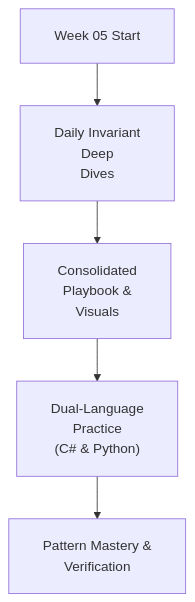
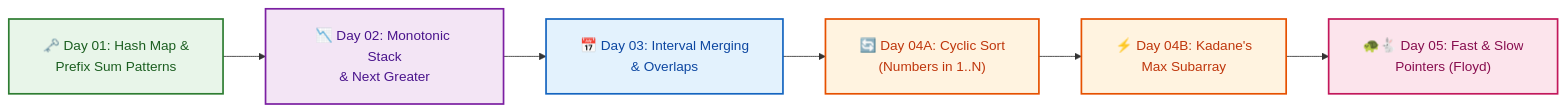
One commit to dip4k/DSA_102 changed the diagram in week_05_tier_1_critical_patterns/README.md. Above: the diagram before and after it, drawn with Mermaid. The commit also changed other lines of this file and 147 other files, not shown here.

First line of the commit message:
feat(curriculum): enrich Weeks 01-19 instructional modules & resolve repository-wide Mermaid cutoff

````diff
--- a/week_05_tier_1_critical_patterns/README.md
+++ b/week_05_tier_1_critical_patterns/README.md
@@ -16,8 +16,15 @@
 ```mermaid
 %%{init: {"flowchart": {"htmlLabels": true, "padding": 20}, "themeCSS": "foreignObject { overflow: visible !important; }"}}%%
-flowchart TD
-    Start["Week 05 Start"] --> Daily["Daily Invariant<br/>Deep<br/>Dives"]
-    Daily --> Playbook["Consolidated<br/>Playbook &<br/>Visuals"]
-    Playbook --> DualLang["Dual-Language<br/>Practice<br/>(C# & Python)"]
-    DualLang --> Mastery["Pattern Mastery &<br/>Verification"]
+flowchart LR
+    classDef hashNode fill:#e8f5e9,stroke:#2e7d32,stroke-width:2px,color:#1b5e20
+    classDef stackNode fill:#f3e5f5,stroke:#7b1fa2,stroke-width:2px,color:#4a148c
+    classDef intNode fill:#e3f2fd,stroke:#1565c0,stroke-width:2px,color:#0d47a1
+    classDef sortNode fill:#fff3e0,stroke:#e65100,stroke-width:2px,color:#bf360c
+    classDef ptrNode fill:#fce4ec,stroke:#c2185b,stroke-width:2px,color:#880e4f
+
+    D1["🗝️ Day 01: Hash Map &<br/>Prefix Sum Patterns"]:::hashNode --> D2["📉 Day 02: Monotonic Stack<br/>& Next Greater"]:::stackNode
+    D2 --> D3["📅 Day 03: Interval Merging<br/>& Overlaps"]:::intNode
+    D3 --> D4A["🔄 Day 04A: Cyclic Sort<br/>(Numbers in 1..N)"]:::sortNode
+    D4A --> D4B["⚡ Day 04B: Kadane's<br/>Max Subarray"]:::sortNode
+    D4B --> D5["🐢🐇 Day 05: Fast & Slow<br/>Pointers (Floyd)"]:::ptrNode
 ```
````
